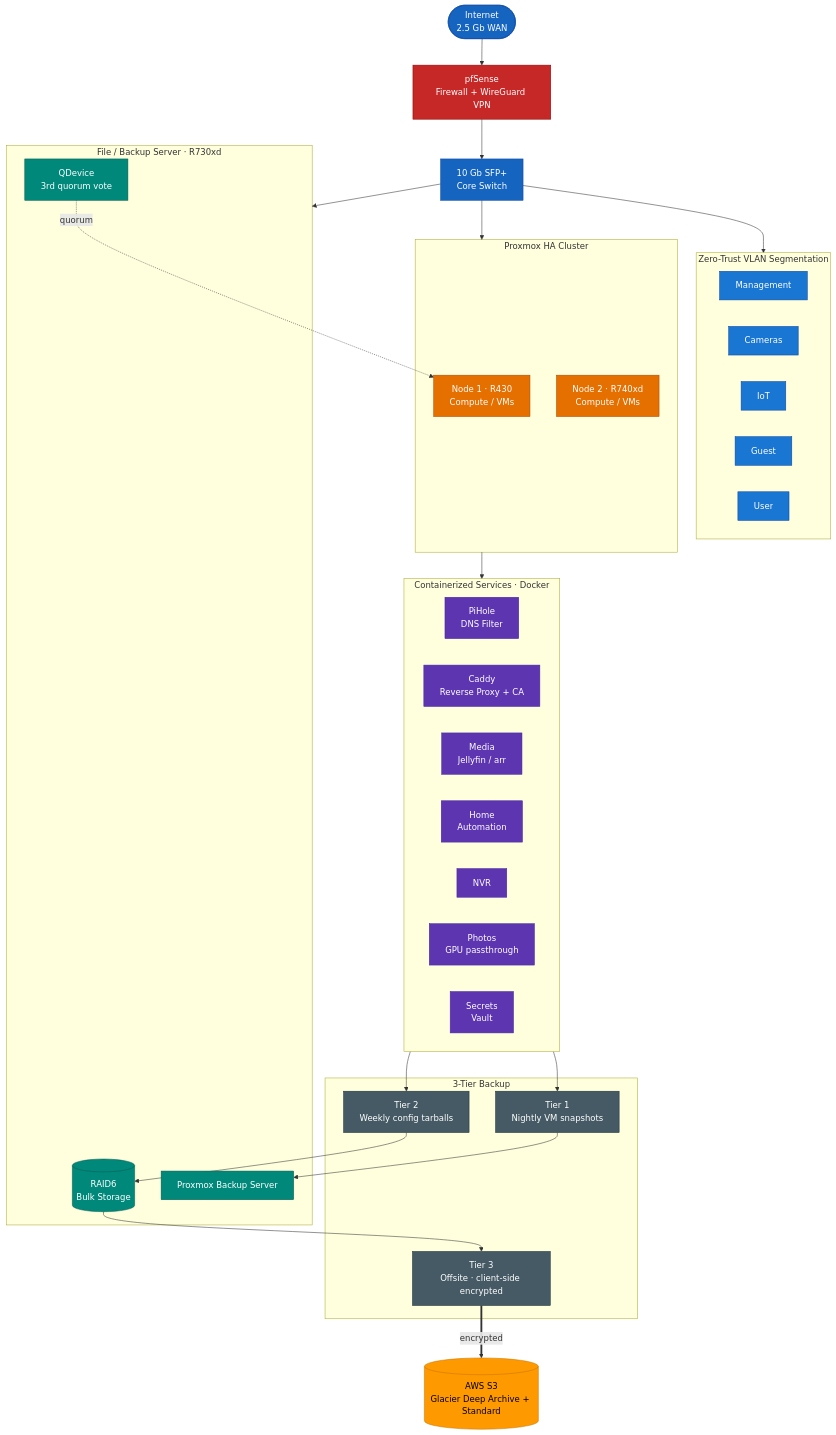
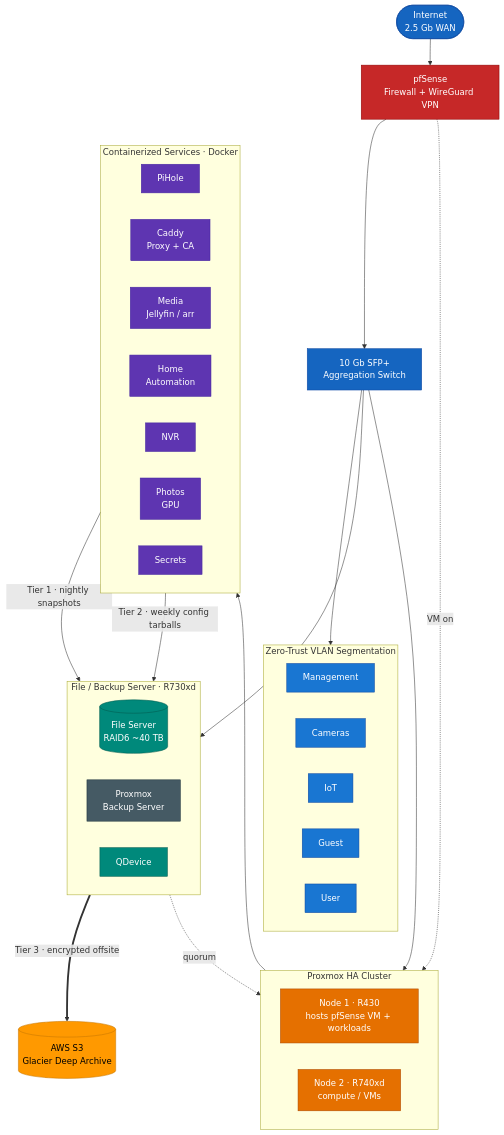
Before and after one commit to blackcharger/home-infrastructure-lab: the diagram in README.md, drawn with Mermaid. The commit also changed other lines of this file, not shown here.

Commit message:
Refine architecture details in README
Updated architecture description and diagram for clarity.

````diff
--- a/README.md
+++ b/README.md
@@ -77,72 +77,66 @@
 ```mermaid
 flowchart TD
     NET(["Internet<br/>2.5 Gb WAN"]) --> FW["pfSense<br/>Firewall + WireGuard VPN"]
-    FW --> SW["10 Gb SFP+<br/>Core Switch"]
+    FW --> SW["10 Gb SFP+<br/>Aggregation Switch"]
 
     SW --> VL
     subgraph VL["Zero-Trust VLAN Segmentation"]
         direction LR
         MGMT["Management"]
         CAM["Cameras"]
         IOT["IoT"]
         GUEST["Guest"]
         USER["User"]
     end
 
     SW --> CL
     SW --> ST
 
     subgraph CL["Proxmox HA Cluster"]
-        N1["Node 1 · R430<br/>Compute / VMs"]
-        N2["Node 2 · R740xd<br/>Compute / VMs"]
+        direction LR
+        N1["Node 1 · R430<br/>hosts pfSense VM + workloads"]
+        N2["Node 2 · R740xd<br/>compute / VMs"]
     end
+    FW -.->|VM on| N1
 
     subgraph ST["File / Backup Server · R730xd"]
-        RAID[("RAID6<br/>Bulk Storage")]
-        PBS["Proxmox Backup Server"]
-        QD["QDevice<br/>3rd quorum vote"]
+        direction LR
+        STOR[("File Server<br/>RAID6 ~40 TB")]
+        PBS["Proxmox<br/>Backup Server"]
+        QD["QDevice"]
     end
-
     QD -.->|quorum| N1
 
     CL --> SVC
     subgraph SVC["Containerized Services · Docker"]
         direction LR
-        DNS["PiHole<br/>DNS Filter"]
-        PROXY["Caddy<br/>Reverse Proxy + CA"]
+        DNS["PiHole"]
+        PROXY["Caddy<br/>Proxy + CA"]
         MEDIA["Media<br/>Jellyfin / arr"]
         HAUT["Home<br/>Automation"]
         NVR["NVR"]
-        PHOTO["Photos<br/>GPU passthrough"]
-        VAULT["Secrets<br/>Vault"]
+        PHOTO["Photos<br/>GPU"]
+        VAULT["Secrets"]
     end
-
-    subgraph BK["3-Tier Backup"]
-        T1["Tier 1<br/>Nightly VM snapshots"]
-        T2["Tier 2<br/>Weekly config tarballs"]
-        T3["Tier 3<br/>Offsite · client-side encrypted"]
-    end
-
-    SVC --> T1 --> PBS
-    SVC --> T2 --> RAID
-    RAID --> T3
-    T3 ==>|encrypted| S3[("AWS S3<br/>Glacier Deep Archive + Standard")]
+    SVC -->|Tier 1 · nightly snapshots| PBS
+    SVC -->|Tier 2 · weekly config tarballs| STOR
+    STOR ==>|Tier 3 · encrypted offsite| S3[("AWS S3<br/>Glacier Deep Archive")]
 
     classDef net fill:#1565c0,stroke:#0d47a1,color:#fff
     classDef vlan fill:#1976d2,stroke:#0d47a1,color:#fff
     classDef fw fill:#c62828,stroke:#8e0000,color:#fff
     classDef compute fill:#e57000,stroke:#ac4800,color:#fff
     classDef storage fill:#00897b,stroke:#005b4f,color:#fff
+    classDef backup fill:#455a64,stroke:#1c313a,color:#fff
     classDef svc fill:#5e35b1,stroke:#4527a0,color:#fff
-    classDef backup fill:#455a64,stroke:#1c313a,color:#fff
     classDef cloud fill:#ff9900,stroke:#c77700,color:#000
 
     class NET,SW net
     class MGMT,CAM,IOT,GUEST,USER vlan
     class FW fw
     class N1,N2 compute
-    class RAID,PBS,QD storage
+    class STOR,QD storage
+    class PBS backup
     class DNS,PROXY,MEDIA,HAUT,NVR,PHOTO,VAULT svc
-    class T1,T2,T3 backup
     class S3 cloud
 ```
````
